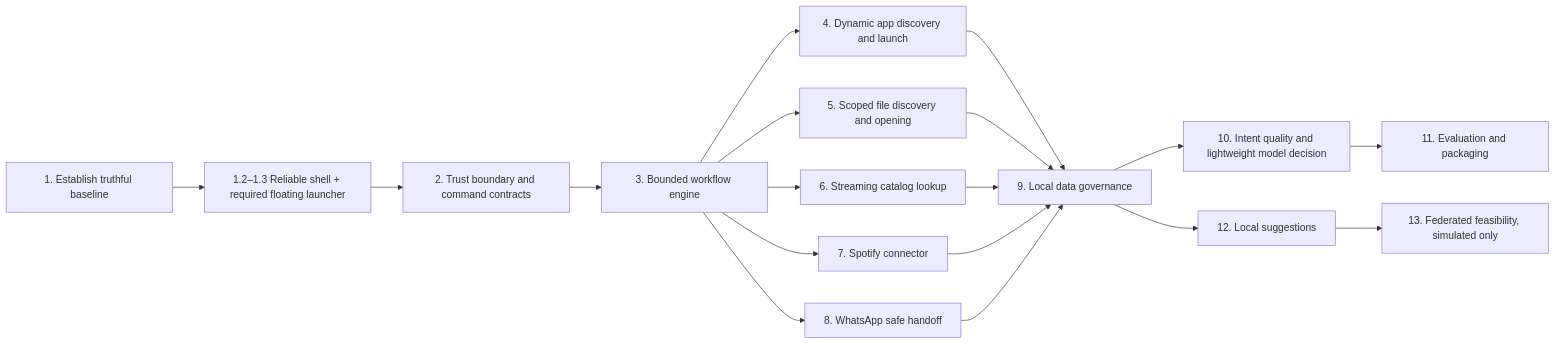
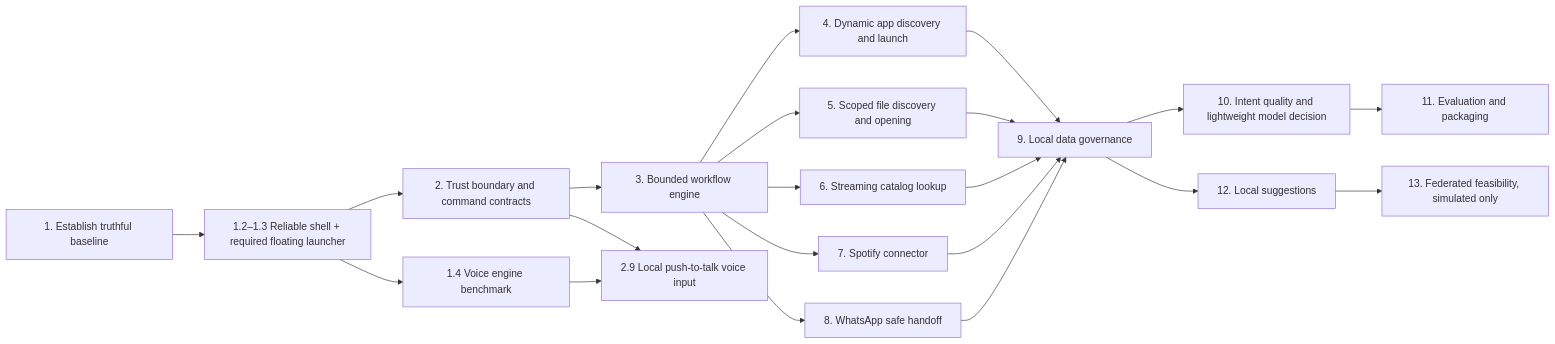
One commit to vednarvekar/Ve changed the diagram in docs/roadmap.md. Above: the diagram before and after it, drawn with Mermaid. The commit also changed other lines of this file and 14 other files, not shown here.

````diff
--- a/docs/roadmap.md
+++ b/docs/roadmap.md
@@ -23,20 +23,23 @@
 ```mermaid
 flowchart LR
   A[1. Establish truthful baseline] --> A2[1.2–1.3 Reliable shell + required floating launcher]
+  A2 --> V[1.4 Voice engine benchmark]
   A2 --> B[2. Trust boundary and command contracts]
   B --> C[3. Bounded workflow engine]
   C --> D[4. Dynamic app discovery and launch]
   C --> E[5. Scoped file discovery and opening]
   C --> F[6. Streaming catalog lookup]
   C --> G[7. Spotify connector]
   C --> H[8. WhatsApp safe handoff]
+  B --> W[2.9 Local push-to-talk voice input]
+  V --> W
   D --> I[9. Local data governance]
   E --> I
   F --> I
   G --> I
   H --> I
   I --> J[10. Intent quality and lightweight model decision]
   J --> K[11. Evaluation and packaging]
   I --> L[12. Local suggestions]
   L --> M[13. Federated feasibility, simulated only]
 ```
````
